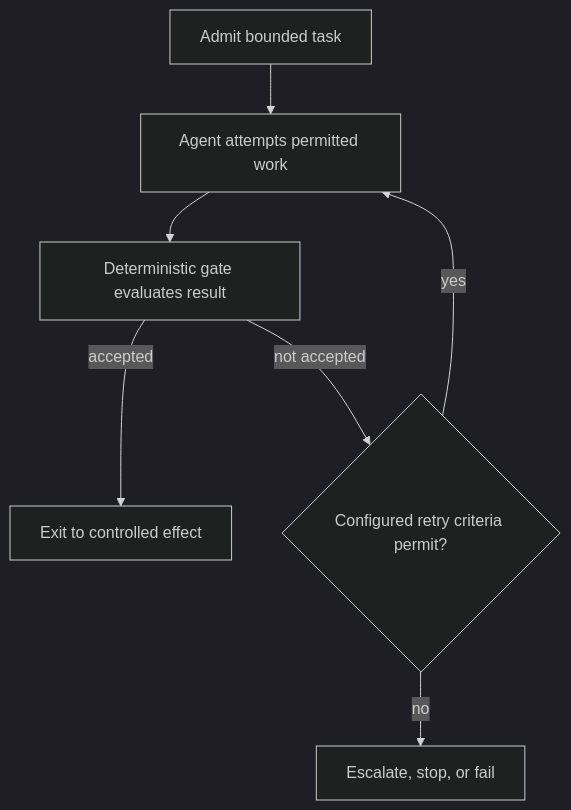
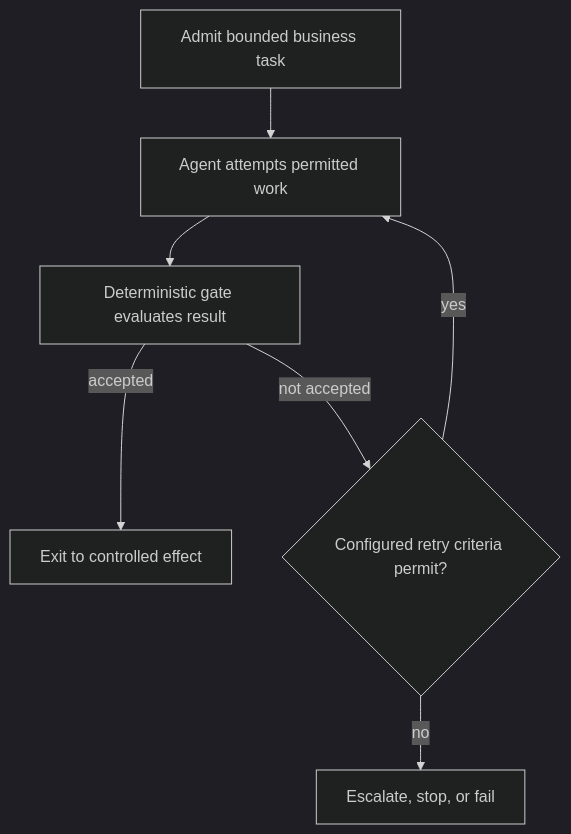
The diagram in wiki/patterns/bounded-convergence-loop.md (zeroasterisk/aaif-wiki), drawn with Mermaid (dark theme) before and after one commit. The commit also changed other lines of this file and 110 other files, not shown here.

````diff
--- a/wiki/patterns/bounded-convergence-loop.md
+++ b/wiki/patterns/bounded-convergence-loop.md
@@ -41,9 +31,9 @@
 ```mermaid
 flowchart TD
-    A["Admit bounded task"] --> B["Agent attempts permitted work"]
+    A["Admit bounded business task"] --> B["Agent attempts permitted work"]
     B --> G["Deterministic gate evaluates result"]
     G -->|"accepted"| E["Exit to controlled effect"]
     G -->|"not accepted"| C{"Configured retry criteria permit?"}
     C -->|"yes"| B
     C -->|"no"| S["Escalate, stop, or fail"]
 ```
````
